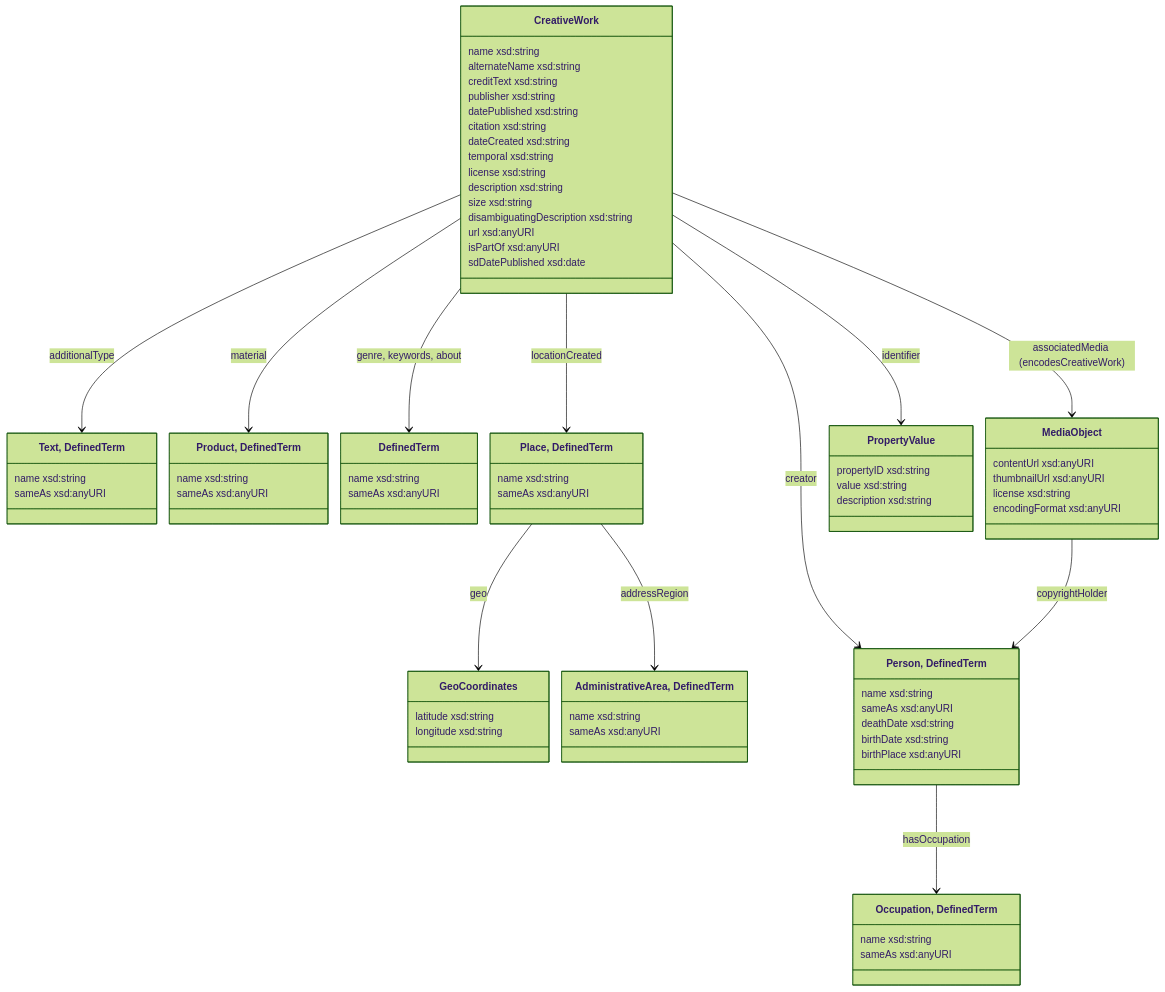
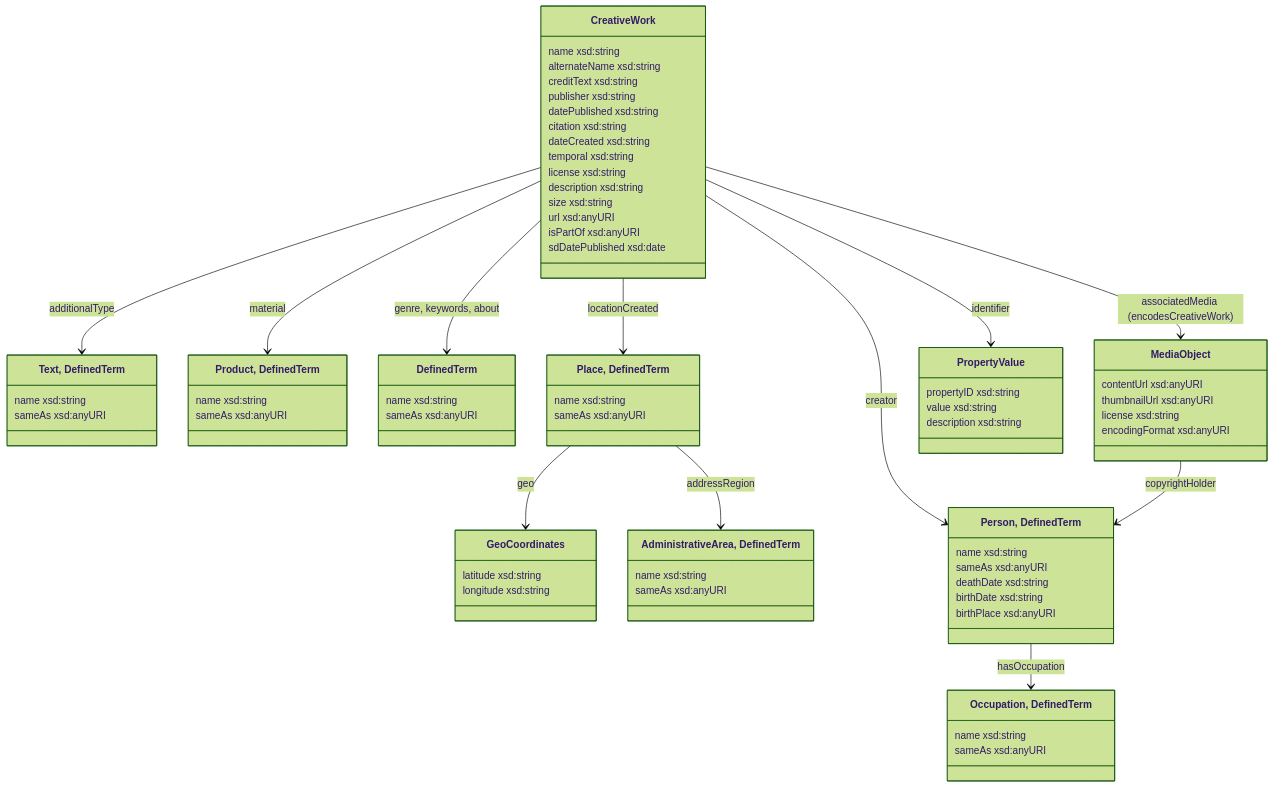
One commit to collectienederland/schema-profile changed the first of 5 diagrams in docs/datamodel.md. Above: the diagram before and after it, drawn with Mermaid. The commit also changed other lines of this file, not shown here.

```diff
--- a/docs/datamodel.md
+++ b/docs/datamodel.md
@@ -6,9 +6,6 @@
 ---
   config:
     theme: forest
-    nodeSpacing: 20
-    rankSpacing: 150
-    
     class:
       hideEmptyMembersBox: true
 ---
@@ -25,7 +22,6 @@
   license xsd:string 
   description xsd:string 
   size xsd:string 
-  disambiguatingDescription xsd:string
   url xsd:anyURI 
   isPartOf xsd:anyURI 
   sdDatePublished xsd:date 
```
